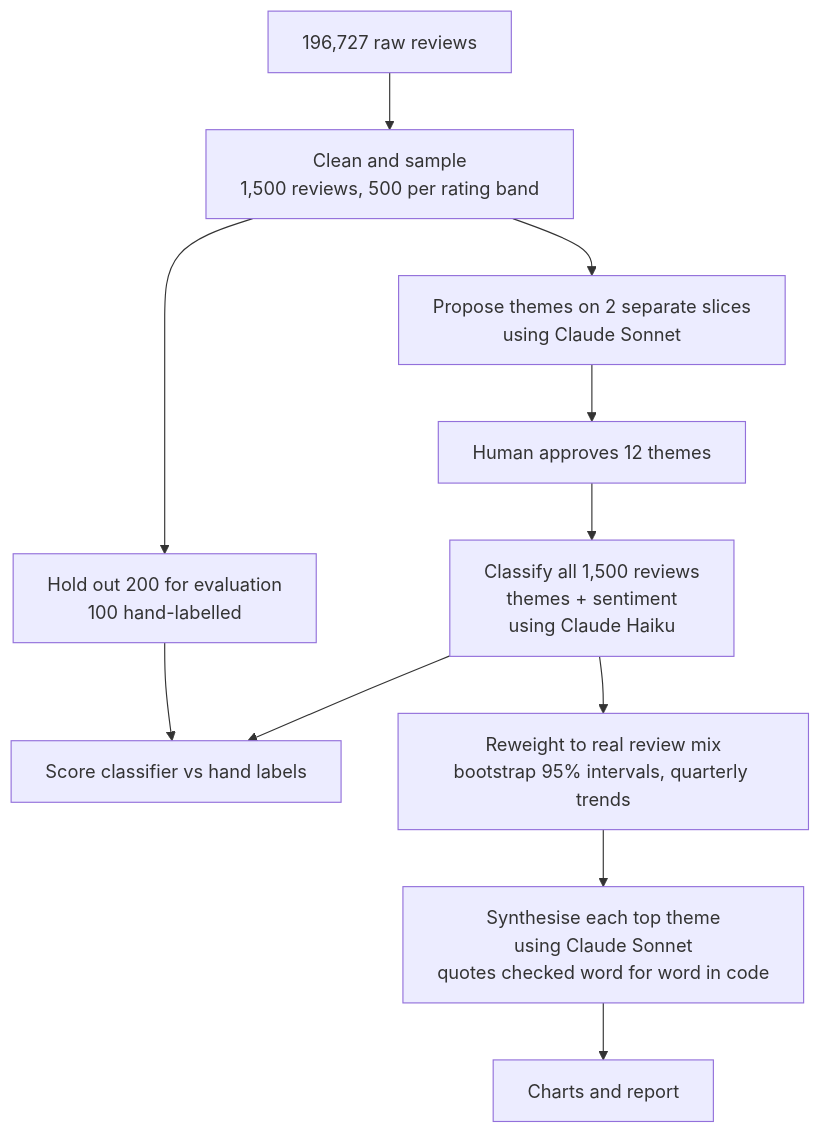
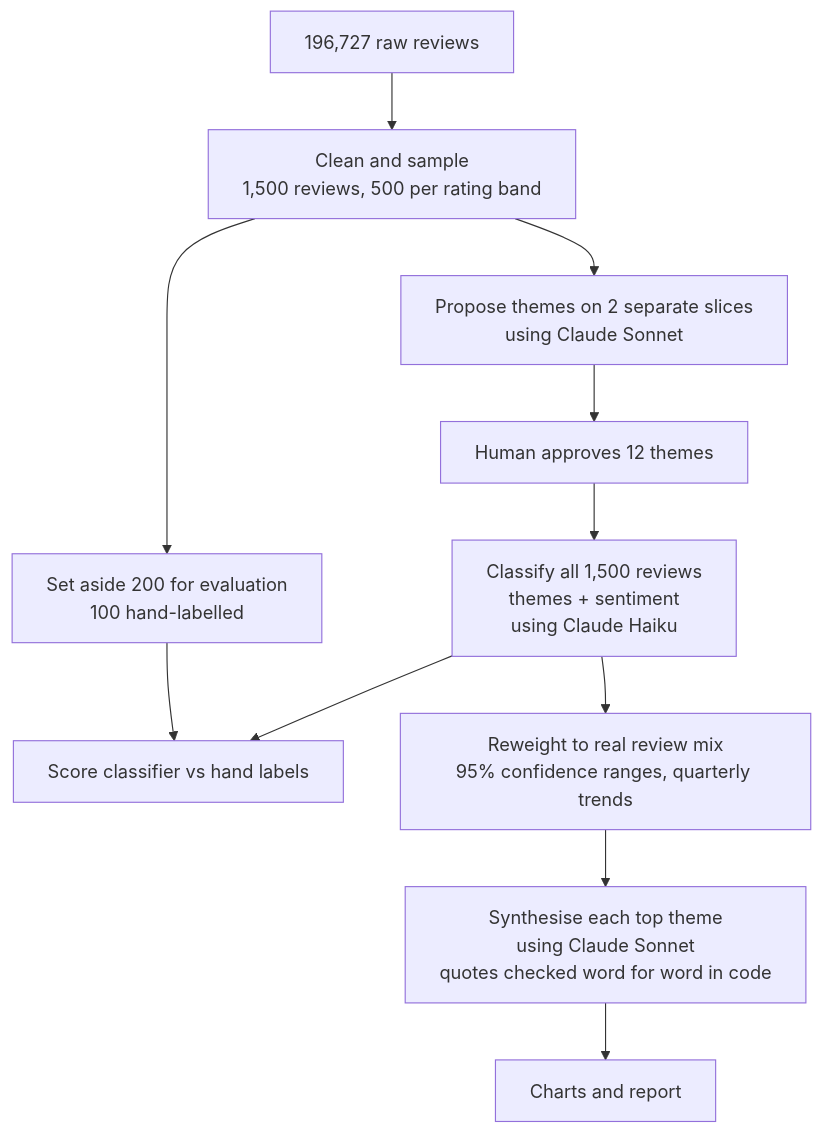
Before and after one commit to prem-devara/Project-UserFeedback-insights-agent: the diagram in README.md, drawn with Mermaid. The commit also changed other lines of this file, not shown here.

````diff
--- a/README.md
+++ b/README.md
@@ -22,14 +22,14 @@
 ```mermaid
 %%{init: {"flowchart": {"wrappingWidth": 300}}}%%
 flowchart TD
     RAW["196,727 raw reviews"] --> PREP["Clean and sample<br/>1,500 reviews, 500 per rating band"]
-    PREP --> HOLD["Hold out 200 for evaluation<br/>100 hand-labelled"]
+    PREP --> HOLD["Set aside 200 for evaluation<br/>100 hand-labelled"]
     PREP --> PROP["Propose themes on 2 separate slices<br/>using Claude Sonnet"]
     PROP --> APPROVE["Human approves 12 themes"]
     APPROVE --> CLASS["Classify all 1,500 reviews<br/>themes + sentiment<br/>using Claude Haiku"]
     HOLD --> SCORE["Score classifier vs hand labels"]
     CLASS --> SCORE
-    CLASS --> WEIGHT["Reweight to real review mix<br/>bootstrap 95% intervals, quarterly trends"]
+    CLASS --> WEIGHT["Reweight to real review mix<br/>95% confidence ranges, quarterly trends"]
     WEIGHT --> SYN["Synthesise each top theme<br/>using Claude Sonnet<br/>quotes checked word for word in code"]
     SYN --> REPORT["Charts and report"]
 ```
````
